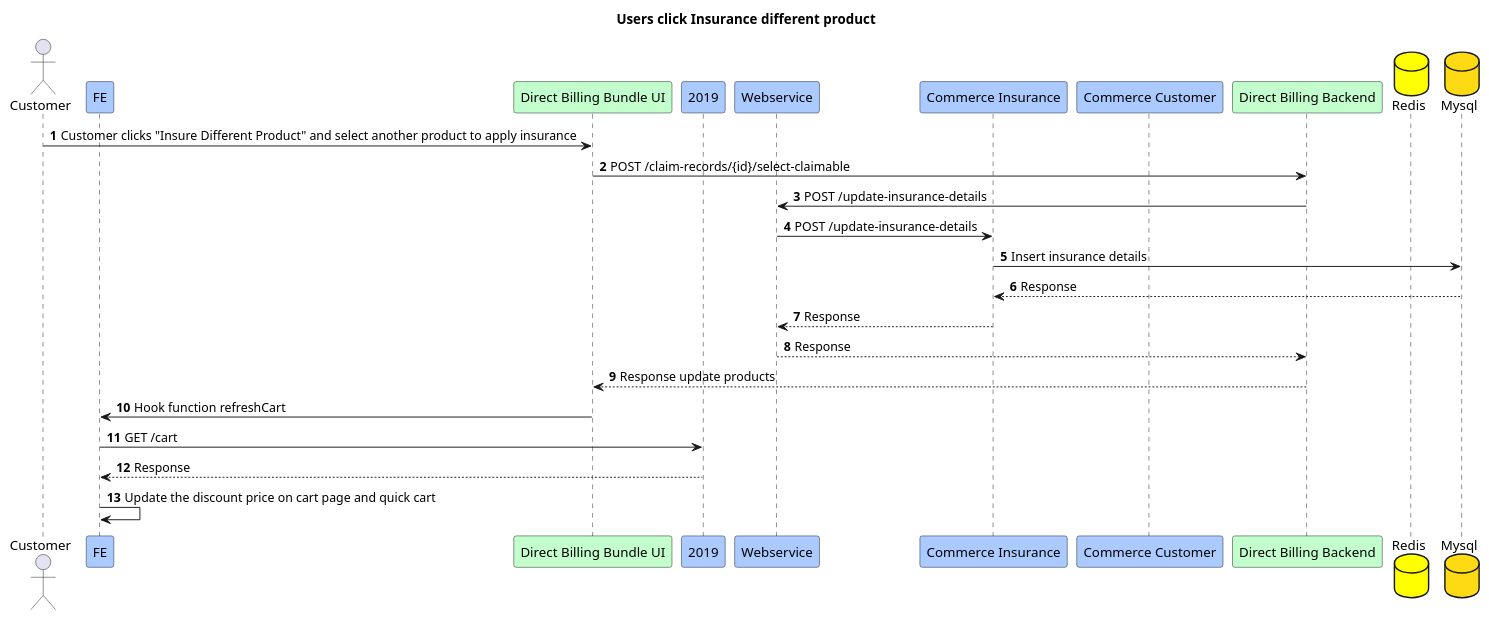
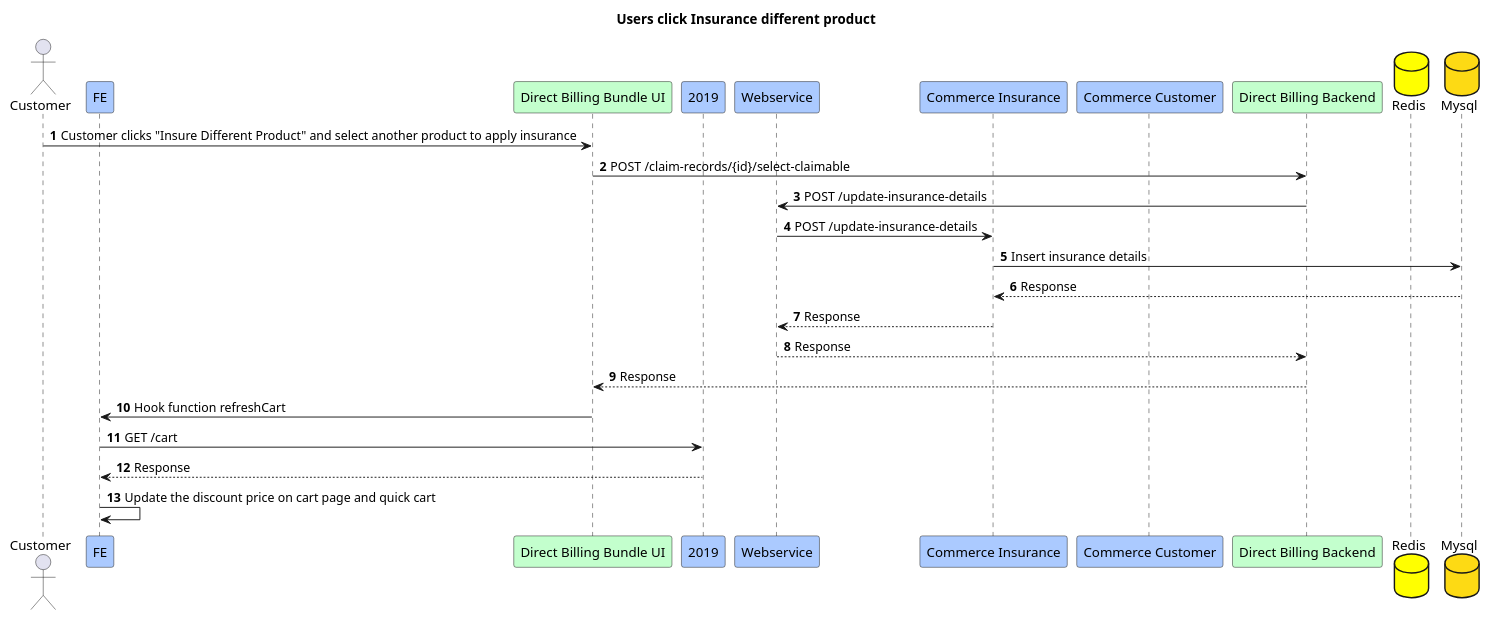
The diagram in 8.Customer clicks Insurance different product.puml (Jayounger/EyeMed-Sequence-Diagram), drawn with PlantUML before and after one commit. The commit also changed 32 other files, not shown here.

```diff
--- a/8.Customer clicks Insurance different product.puml
+++ b/8.Customer clicks Insurance different product.puml
@@ -1,28 +1,28 @@
 @startuml
 title Users click Insurance different product
 actor Customer
 participant FE #abcaff
 participant "Direct Billing Bundle UI" #c3ffcd
 participant "2019" #abcaff
 participant "Webservice" #abcaff
 participant "Commerce Insurance" #abcaff
 participant "Commerce Customer" #abcaff
 participant "Direct Billing Backend" #c3ffcd
 database "Redis" #yellow
 database "Mysql" #fdda14
 
 autonumber
 Customer -> "Direct Billing Bundle UI":Customer clicks "Insure Different Product" and select another product to apply insurance
 "Direct Billing Bundle UI" -> "Direct Billing Backend":POST /claim-records/{id}/select-claimable
 "Direct Billing Backend" -> "Webservice":POST /update-insurance-details
 "Webservice" -> "Commerce Insurance":POST /update-insurance-details
 "Commerce Insurance" -> "Mysql":Insert insurance details
 "Mysql" --> "Commerce Insurance":Response
 "Commerce Insurance" --> "Webservice":Response
 "Webservice" --> "Direct Billing Backend":Response
-"Direct Billing Backend" --> "Direct Billing Bundle UI":Response update products
+"Direct Billing Backend" --> "Direct Billing Bundle UI":Response
 "Direct Billing Bundle UI" -> FE:Hook function refreshCart
 FE -> 2019:GET /cart
 2019 --> FE:Response
 FE -> FE:Update the discount price on cart page and quick cart
 @enduml
```
